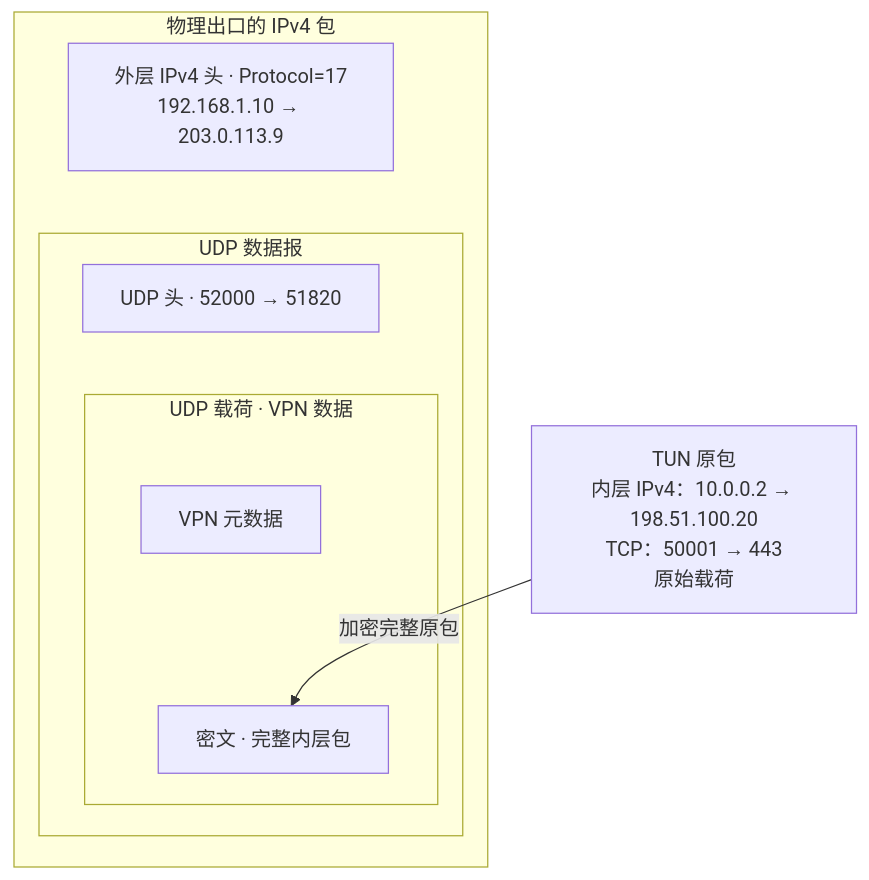
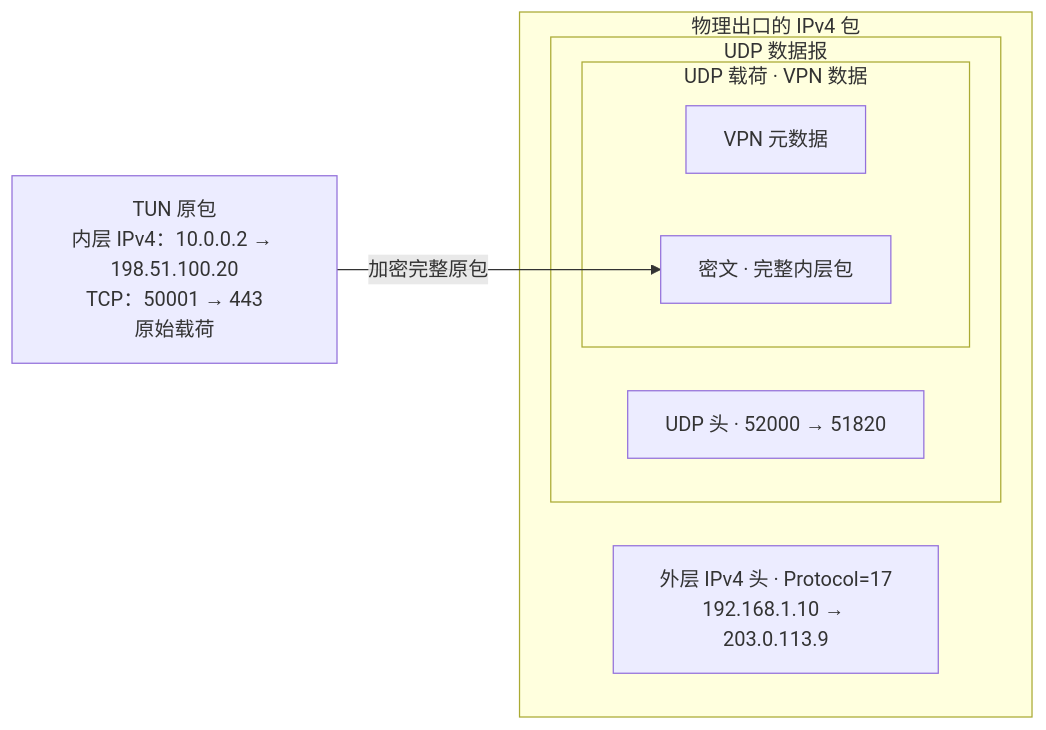
One commit to fordelkon/delkon.us.kg changed the fourth of 4 diagrams in content/posts/networking/routing-forwarding-nat-virtual-interfaces.md. Above: the diagram before and after it, drawn with Mermaid. The commit also changed other lines of this file and 8 other files, not shown here.

First line of the commit message:
docs: audit networking series with C17 examples and diagram fixes

````diff
--- a/content/posts/networking/routing-forwarding-nat-virtual-interfaces.md
+++ b/content/posts/networking/routing-forwarding-nat-virtual-interfaces.md
@@ -287,19 +415,17 @@
 ```mermaid title="VPN 密文包住完整的 TUN 原包" description="TUN 原包包含内层 IPv4 头、TCP 头和原始载荷。加密箭头指向 UDP 数据报内的 VPN 密文区。外层 IPv4、UDP 和 VPN 元数据各有自己的位置；省略外部链路帧与认证标签的具体格式。"
-flowchart TB
+flowchart LR
  original["TUN 原包<br/>内层 IPv4：10.0.0.2 → 198.51.100.20<br/>TCP：50001 → 443<br/>原始载荷"]
  subgraph outer[物理出口的 IPv4 包]
   ip["外层 IPv4 头 · Protocol=17<br/>192.168.1.10 → 203.0.113.9"]
   subgraph udp[UDP 数据报]
    udp_header["UDP 头 · 52000 → 51820"]
    subgraph vpn[UDP 载荷 · VPN 数据]
     metadata["VPN 元数据"]
     cipher["密文 · 完整内层包"]
-    metadata --- cipher
    end
-   udp_header --- metadata
   end
-  ip --- udp_header
  end
  original -->|加密完整原包| cipher
- linkStyle 0,1,2 stroke:none
+ class original actor
+ class cipher state
 ```
````
